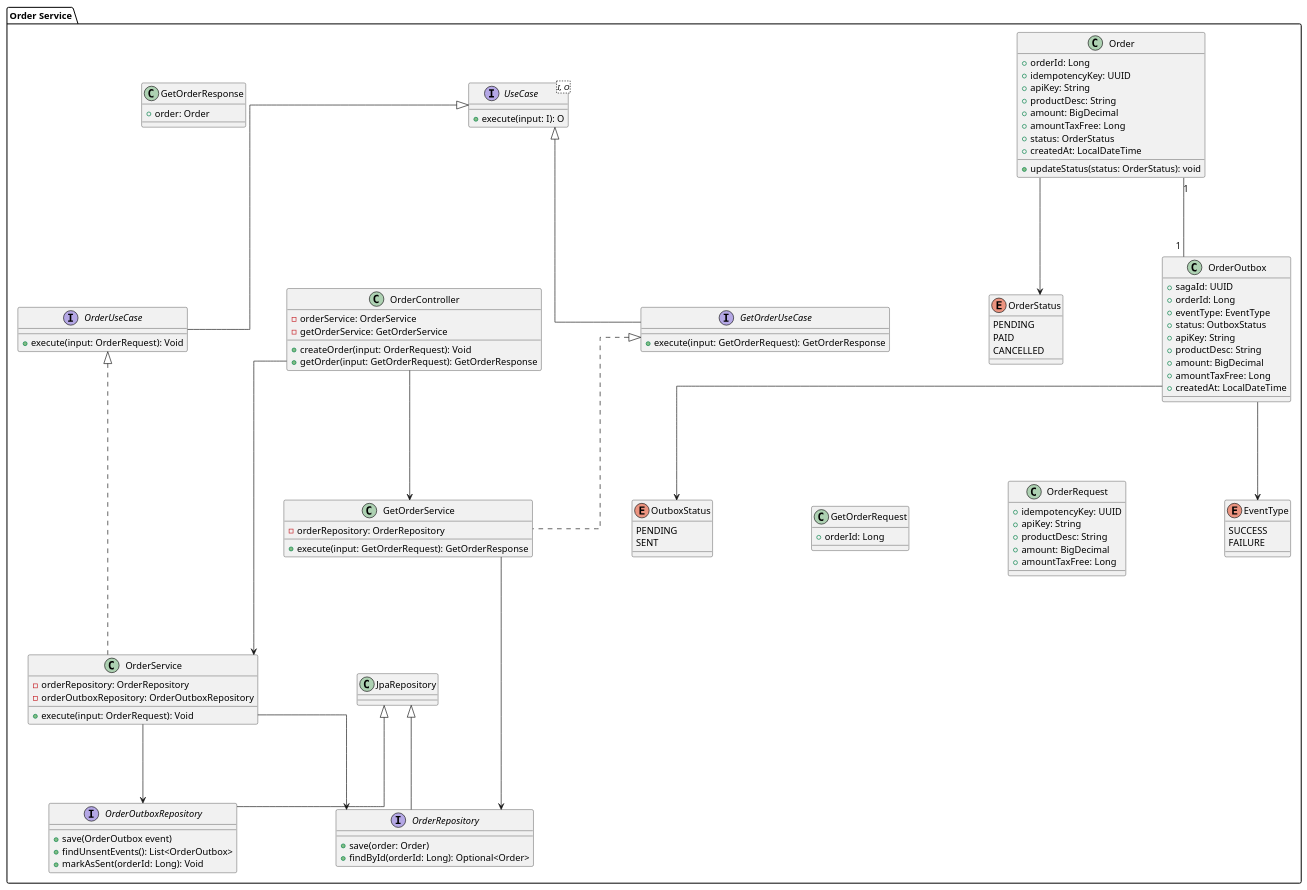
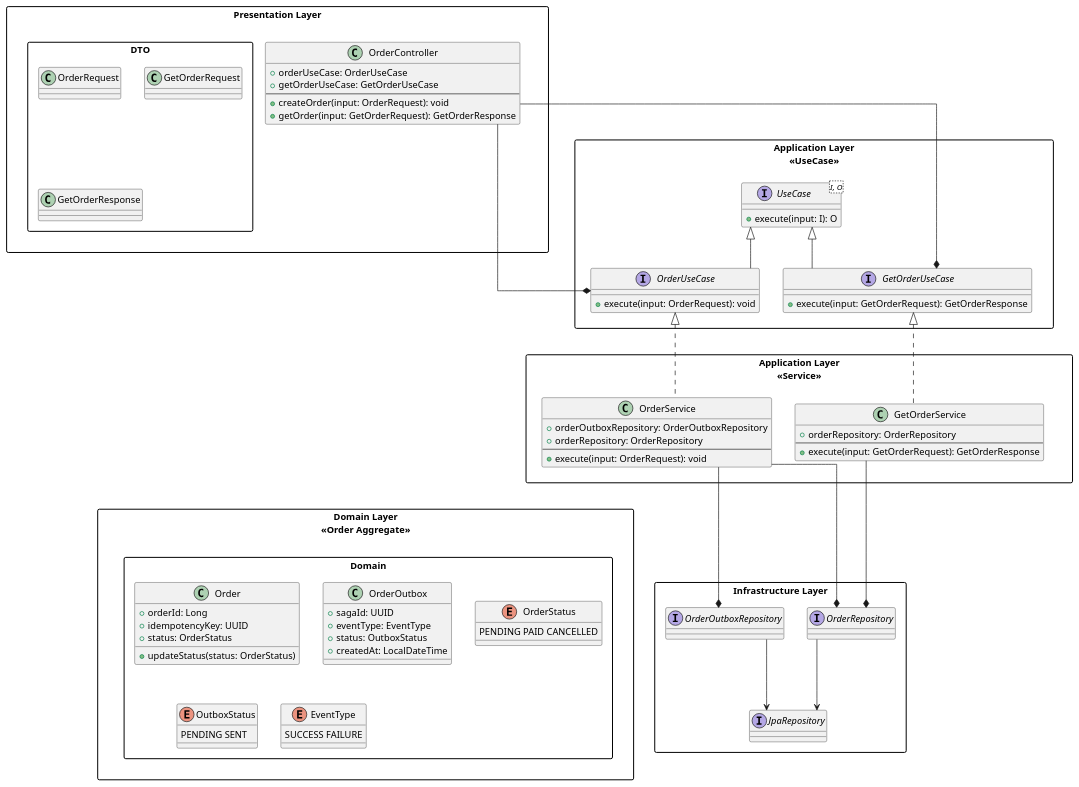
Before and after one commit to Paycore-Team/Paycore: the diagram in order-service/OrderClassDiagram.puml, drawn with PlantUML. The commit also changed 7 other files, not shown here.

```diff
--- a/order-service/OrderClassDiagram.puml
+++ b/order-service/OrderClassDiagram.puml
@@ -1,129 +1,128 @@
 @startuml
 skinparam linetype ortho
-package "Order Service" {
-skinparam ranksep 120
-skinparam nodesep 150
+skinparam packageStyle rectangle
+top to bottom direction
 
-GetOrderService -[hidden]l-> OrderRequest
-GetOrderService -[hidden]d-> JpaRepository
-GetOrderRequest -[hidden]r-> OrderRequest
-
-  class Order {
-    +orderId: Long
-    +idempotencyKey: UUID
-    +apiKey: String
-    +productDesc: String
-    +amount: BigDecimal
-    +amountTaxFree: Long
-    +status: OrderStatus
-    +createdAt: LocalDateTime
-    +updateStatus(status: OrderStatus): void
-  }
-
-  enum OrderStatus {
-    PENDING
-    PAID
-    CANCELLED
-  }
-
-  class OrderOutbox {
-      +sagaId: UUID
-      +orderId: Long
-      +eventType: EventType
-      +status: OutboxStatus
-      +apiKey: String
-      +productDesc: String
-      +amount: BigDecimal
-      +amountTaxFree: Long
-      +createdAt: LocalDateTime
-  }
-
-  enum OutboxStatus {
-      PENDING
-      SENT
-  }
-
-  enum EventType {
-      SUCCESS
-      FAILURE
-  }
-
-  class OrderRequest {
-      +idempotencyKey: UUID
-      +apiKey: String
-      +productDesc: String
-      +amount: BigDecimal
-      +amountTaxFree: Long
-  }
-
-  class GetOrderRequest {
-    +orderId: Long
-  }
-
-  class GetOrderResponse {
-    +order: Order
-  }
-
+' ======================
+' Presentation
+' ======================
+package "Presentation Layer" {
   class OrderController {
-    -orderService: OrderService
-    -getOrderService: GetOrderService
-    +createOrder(input: OrderRequest): Void
+    +orderUseCase: OrderUseCase
+    +getOrderUseCase: GetOrderUseCase
+  ---
+    +createOrder(input: OrderRequest): void
     +getOrder(input: GetOrderRequest): GetOrderResponse
   }
 
+  package "DTO" {
+    class OrderRequest
+    class GetOrderRequest
+    class GetOrderResponse
+  }
+}
+
+' ======================
+' Application – UseCase
+' ======================
+package "Application Layer\n<<UseCase>>" {
   interface UseCase<I, O> {
-      +execute(input: I): O
+    +execute(input: I): O
   }
 
   interface OrderUseCase {
-      +execute(input: OrderRequest): Void
+    +execute(input: OrderRequest): void
+  }
+  interface GetOrderUseCase {
+     +execute(input: GetOrderRequest): GetOrderResponse
   }
 
-  interface GetOrderUseCase {
-      +execute(input: GetOrderRequest): GetOrderResponse
-  }
+  OrderUseCase -up-|> UseCase
+  GetOrderUseCase -up-|> UseCase
+}
+
+' ======================
+' Application – Service (비즈니스 중심)
+' ======================
+package "Application Layer\n<<Service>>" {
 
   class OrderService {
-    -orderRepository: OrderRepository
-    -orderOutboxRepository: OrderOutboxRepository
-    +execute(input: OrderRequest): Void
+    + orderOutboxRepository: OrderOutboxRepository
+    + orderRepository: OrderRepository
+    --
+    +execute(input: OrderRequest): void
   }
 
   class GetOrderService {
-    -orderRepository: OrderRepository
+    + orderRepository: OrderRepository
+    --
     +execute(input: GetOrderRequest): GetOrderResponse
   }
 
-  interface OrderRepository {
-    + save(order: Order)
-    + findById(orderId: Long): Optional<Order>
-  }
-
-  interface OrderOutboxRepository {
-    + save(OrderOutbox event)
-    + findUnsentEvents(): List<OrderOutbox>
-    + markAsSent(orderId: Long): Void
-  }
-
-  JpaRepository <|-- OrderRepository
-  JpaRepository <|-- OrderOutboxRepository
-
-  Order "1" -- "1" OrderOutbox
-  Order --> OrderStatus
-  OrderOutbox --> OutboxStatus
-  OrderOutbox --> EventType
-
-  OrderController --> OrderService
-  OrderController --> GetOrderService
-
-  OrderUseCase -up-|> UseCase
-  GetOrderUseCase -up-|> UseCase
-
   OrderUseCase <|.. OrderService
   GetOrderUseCase <|.. GetOrderService
+}
 
-  OrderService --> OrderRepository
-  OrderService --> OrderOutboxRepository
-  GetOrderService --> OrderRepository
+' ======================
+' Domain
+' ======================
+package "Domain Layer\n<<Order Aggregate>>" {
+
+package "Domain" {
+    class Order {
+        +orderId: Long
+        +idempotencyKey: UUID
+        +status: OrderStatus
+        +updateStatus(status: OrderStatus)
+      }
+
+      class OrderOutbox {
+        +sagaId: UUID
+        +eventType: EventType
+        +status: OutboxStatus
+        +createdAt: LocalDateTime
+      }
+
+      enum OrderStatus {
+      PENDING PAID CANCELLED
+      }
+      enum OutboxStatus {
+      PENDING SENT
+      }
+      enum EventType {
+      SUCCESS FAILURE
+      }
 }
+
+' ======================
+' DTO
+' ======================
+}
+
+' ======================
+' Infrastructure
+' ======================
+package "Infrastructure Layer" {
+  interface JpaRepository
+  interface OrderRepository
+  interface OrderOutboxRepository
+  JpaRepository <-up- OrderRepository
+  JpaRepository <-up- OrderOutboxRepository
+}
+
+' ======================
+' Dependencies (위 → 아래)
+' ======================
+OrderController --* GetOrderUseCase
+OrderController --* OrderUseCase
+OrderService --* OrderRepository
+OrderService --* OrderOutboxRepository
+GetOrderService --* OrderRepository
+
+' ======================
+' Layout control (layer ordering)
+' ======================
+"Presentation Layer" -[hidden]-> "Application Layer\n<<UseCase>>"
+"Application Layer\n<<UseCase>>" -[hidden]-> "Application Layer\n<<Service>>"
+"Application Layer\n<<Service>>" -[hidden]-> "Domain Layer\n<<Order Aggregate>>"
 @enduml
```
